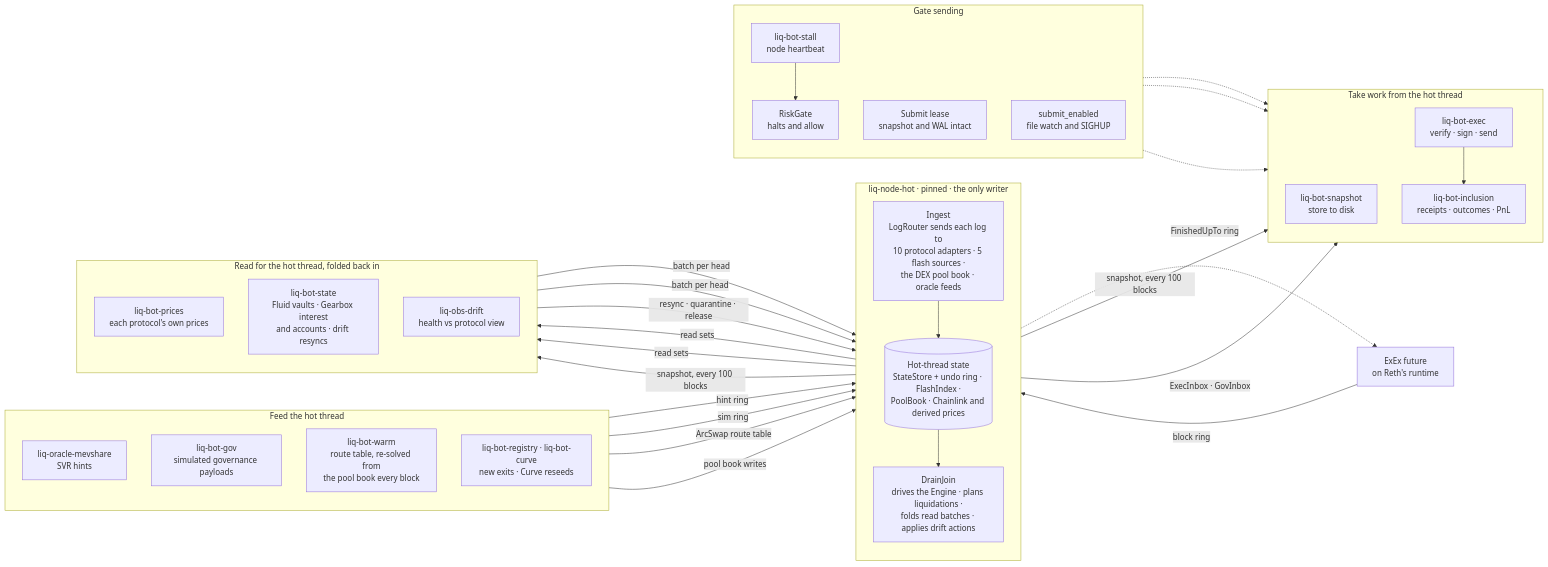
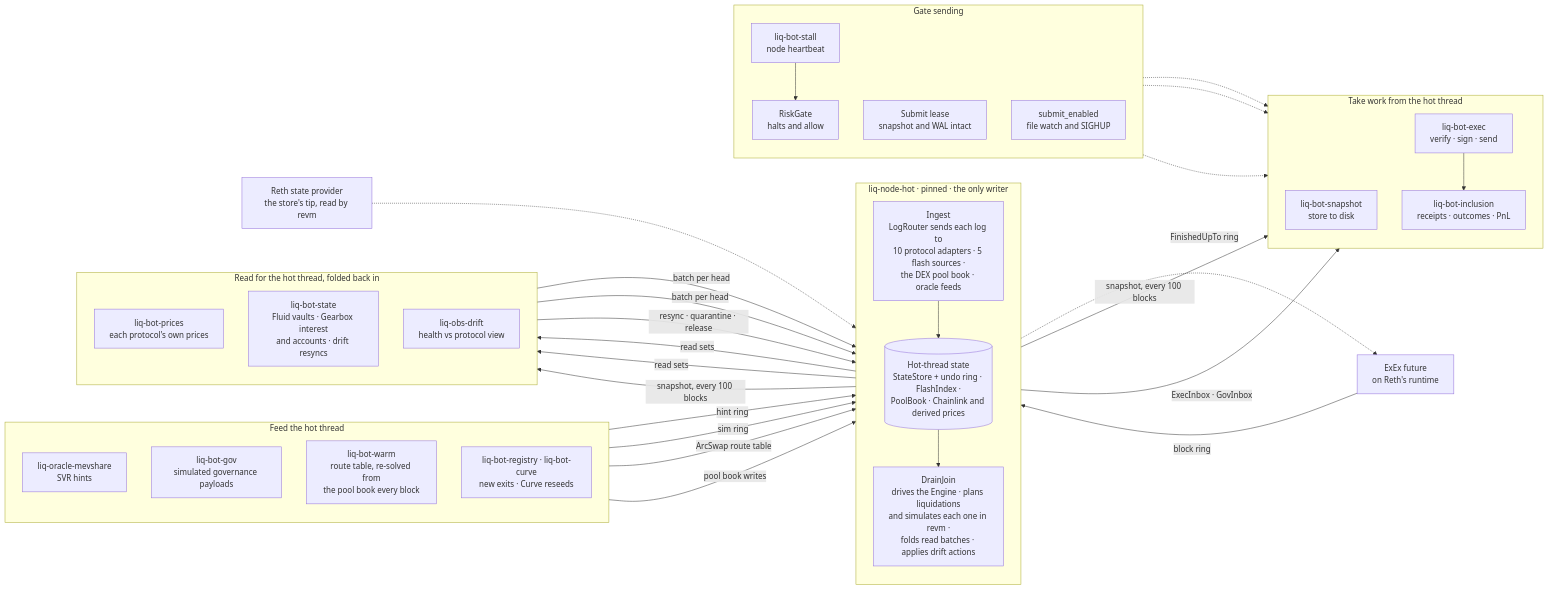
The second of 9 diagrams in README.md (appCryptoCrucible/liquidation), drawn with Mermaid before and after one commit. The commit also changed other lines of this file and 58 other files, not shown here.

````diff
--- a/README.md
+++ b/README.md
@@ -90,62 +91,64 @@
 ```mermaid
 flowchart LR
     EXEX["ExEx future<br/>on Reth's runtime"]
+    NSTATE["Reth state provider<br/>the store's tip, read by revm"]
 
     subgraph hot["liq-node-hot · pinned · the only writer"]
         direction TB
         ING["Ingest<br/>LogRouter sends each log to<br/>10 protocol adapters · 5 flash sources ·<br/>the DEX pool book · oracle feeds"]
         STORE[("Hot-thread state<br/>StateStore + undo ring · FlashIndex ·<br/>PoolBook · Chainlink and derived prices")]
-        DRAIN["DrainJoin<br/>drives the Engine · plans liquidations ·<br/>folds read batches · applies drift actions"]
+        DRAIN["DrainJoin<br/>drives the Engine · plans liquidations<br/>and simulates each one in revm ·<br/>folds read batches · applies drift actions"]
         ING --> STORE --> DRAIN
     end
 
     subgraph feed["Feed the hot thread"]
         direction TB
         MEVT["liq-oracle-mevshare<br/>SVR hints"]
         GOV["liq-bot-gov<br/>simulated governance payloads"]
         WARM["liq-bot-warm<br/>route table, re-solved from<br/>the pool book every block"]
         BOOKUP["liq-bot-registry · liq-bot-curve<br/>new exits · Curve reseeds"]
     end
 
     subgraph loop["Read for the hot thread, folded back in"]
         direction TB
         PRICES["liq-bot-prices<br/>each protocol's own prices"]
         STATER["liq-bot-state<br/>Fluid vaults · Gearbox interest<br/>and accounts · drift resyncs"]
         DRIFT["liq-obs-drift<br/>health vs protocol view"]
     end
 
     subgraph out["Take work from the hot thread"]
         direction TB
         SNAP["liq-bot-snapshot<br/>store to disk"]
         EXW["liq-bot-exec<br/>verify · sign · send"]
         INCL["liq-bot-inclusion<br/>receipts · outcomes · PnL"]
     end
 
     subgraph gate["Gate sending"]
         direction TB
         RISK["RiskGate<br/>halts and allow"]
         LEASE["Submit lease<br/>snapshot and WAL intact"]
         FLAG["submit_enabled<br/>file watch and SIGHUP"]
         STALL["liq-bot-stall<br/>node heartbeat"]
     end
 
     EXEX -->|"block ring"| ING
+    NSTATE -.-> DRAIN
     ING -.->|"FinishedUpTo ring"| EXEX
     MEVT -->|"hint ring"| DRAIN
     GOV -->|"sim ring"| DRAIN
     WARM -->|"ArcSwap route table"| DRAIN
     BOOKUP -->|"pool book writes"| STORE
     DRAIN -->|"read sets"| PRICES
     DRAIN -->|"read sets"| STATER
     PRICES -->|"batch per head"| DRAIN
     STATER -->|"batch per head"| DRAIN
     DRAIN -->|"snapshot, every 100 blocks"| DRIFT
     DRIFT -->|"resync · quarantine · release"| DRAIN
     DRAIN -->|"snapshot, every 100 blocks"| SNAP
     DRAIN -->|"ExecInbox · GovInbox"| EXW
     EXW --> INCL
     STALL --> RISK
     RISK -.-> EXW
     LEASE -.-> EXW
     FLAG -.-> EXW
 ```
````
